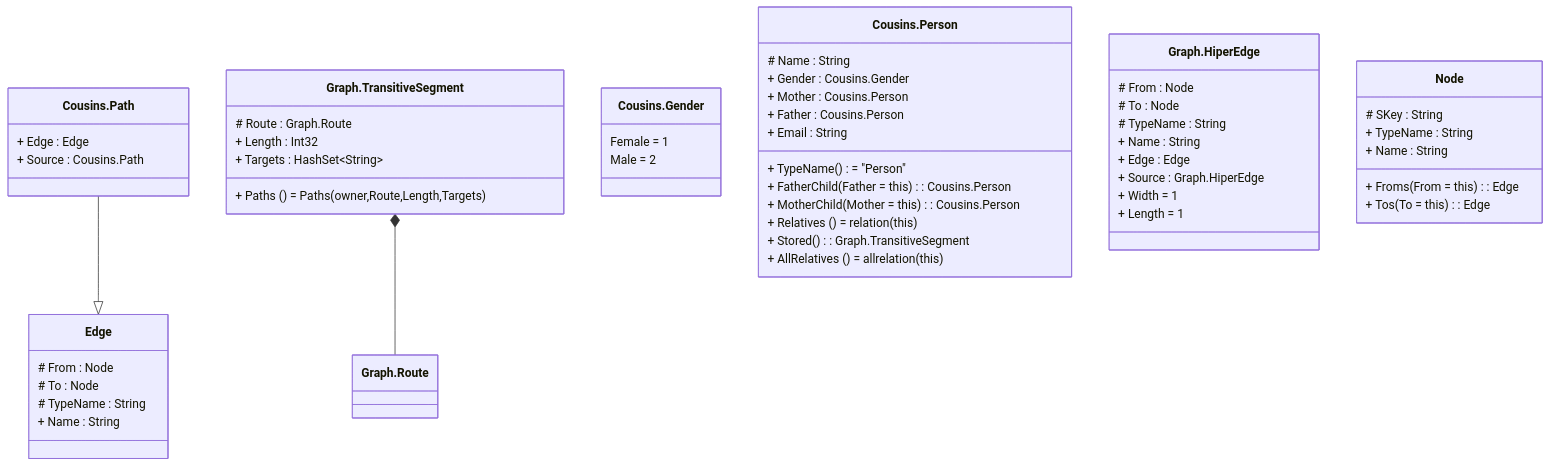
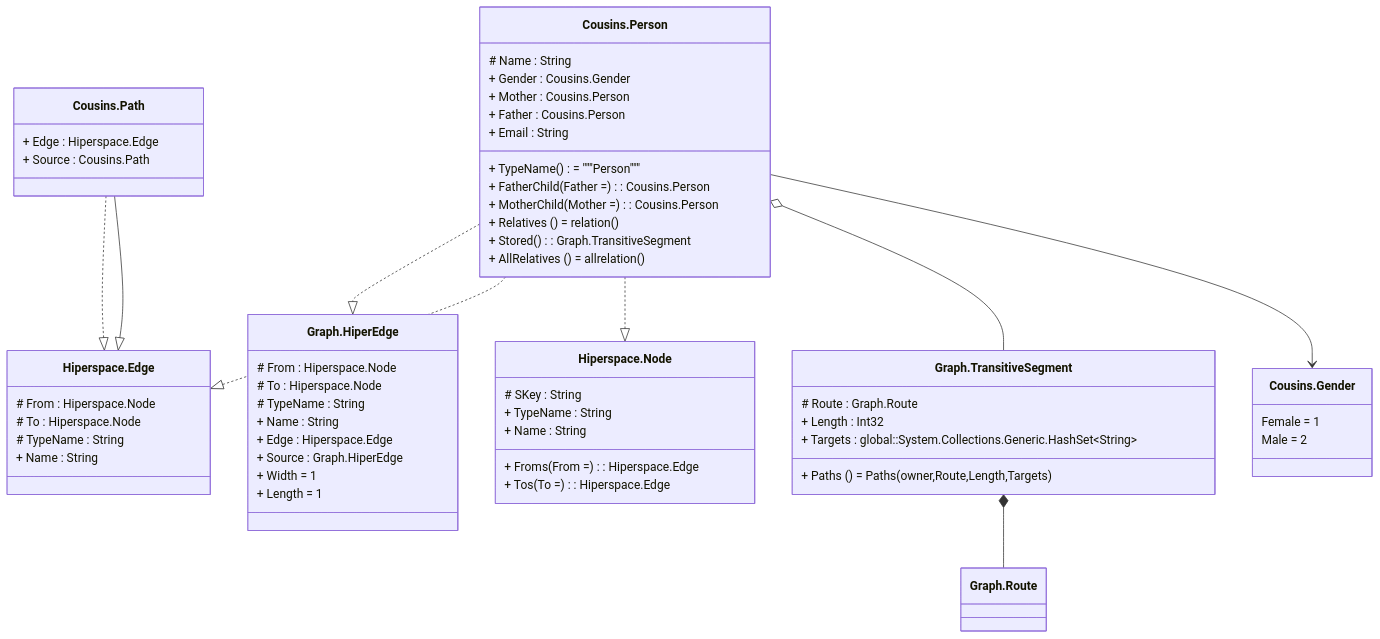
The diagram in examples/CousinProblem/Cousins.md (channell/Hiperspace), drawn with Mermaid before and after one commit. The commit also changed other lines of this file and 2496 other files, not shown here.

````diff
--- a/examples/CousinProblem/Cousins.md
+++ b/examples/CousinProblem/Cousins.md
@@ -2,56 +2,62 @@
 ```mermaid
 classDiagram
-    class Cousins.Path {
-        + Edge  : Edge
-        + Source  : Cousins.Path
-    }
-    Cousins.Path --|> Edge
-    class Graph.TransitiveSegment {
-        # Route  : Graph.Route
-        + Length  : Int32
-        + Targets  : HashSet~String~
-        + Paths () = Paths(owner,Route,Length,Targets)
-    }
-    Graph.TransitiveSegment *-- Graph.Route
     class Cousins.Gender {
         Female = 1
         Male = 2
     }
+    class Cousins.Path {
+        + Edge  : Hiperspace.Edge
+        + Source  : Cousins.Path
+    }
+    Cousins.Path --|> Hiperspace.Edge
+    Cousins.Path ..|> Hiperspace.Edge
     class Cousins.Person {
         # Name  : String
         + Gender  : Cousins.Gender
         + Mother  : Cousins.Person
         + Father  : Cousins.Person
         + Email  : String
-        + TypeName () = "Person"
-        + FatherChild (Father = this) : Cousins.Person
-        + MotherChild (Mother = this) : Cousins.Person
-        + Relatives () = relation(this)
+        + TypeName () = """Person"""
+        + FatherChild (Father = ) : Cousins.Person
+        + MotherChild (Mother = ) : Cousins.Person
+        + Relatives () = relation()
         + Stored () : Graph.TransitiveSegment
-        + AllRelatives () = allrelation(this)
+        + AllRelatives () = allrelation()
+    }
+    Cousins.Person --> Cousins.Gender
+    Cousins.Person o-- Graph.TransitiveSegment
+    Cousins.Person ..|> Hiperspace.Node
+    Cousins.Person ..|> Hiperspace.Edge
+    Cousins.Person ..|> Graph.HiperEdge
+    class Hiperspace.Edge {
+        # From  : Hiperspace.Node
+        # To  : Hiperspace.Node
+        # TypeName  : String
+        + Name  : String
     }
     class Graph.HiperEdge {
-        # From  : Node
-        # To  : Node
+        # From  : Hiperspace.Node
+        # To  : Hiperspace.Node
         # TypeName  : String
         + Name  : String
-        + Edge  : Edge
+        + Edge  : Hiperspace.Edge
         + Source  : Graph.HiperEdge
         + Width  = 1
         + Length  = 1
     }
-    class Edge {
-        # From  : Node
-        # To  : Node
-        # TypeName  : String
-        + Name  : String
+    class Graph.TransitiveSegment {
+        # Route  : Graph.Route
+        + Length  : Int32
+        + Targets  : global::System.Collections.Generic.HashSet~String~
+        + Paths () = Paths(owner,Route,Length,Targets)
     }
-    class Node {
+    Graph.TransitiveSegment *-- Graph.Route
+    class Hiperspace.Node {
         # SKey  : String
         + TypeName  : String
         + Name  : String
-        + Froms (From = this) : Edge
-        + Tos (To = this) : Edge
+        + Froms (From = ) : Hiperspace.Edge
+        + Tos (To = ) : Hiperspace.Edge
     }
 
 ```
````
